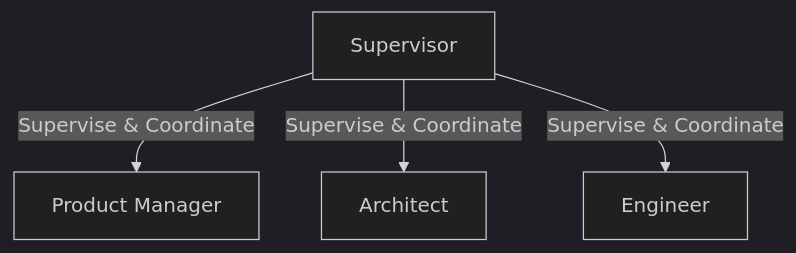
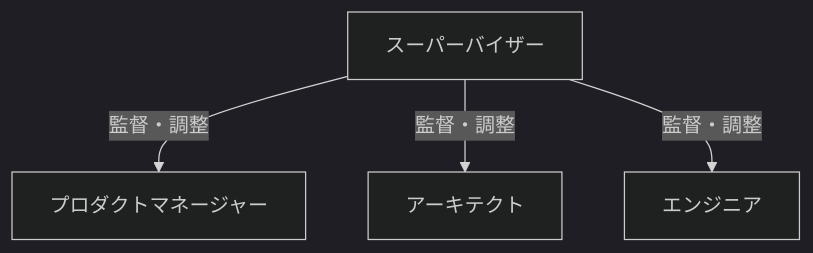
One commit to aws-samples/multi-agent-samples-jp changed the seventh of 10 diagrams in README.md. Above: the diagram before and after it, drawn with Mermaid (dark theme). The commit also changed other lines of this file and 2 other files, not shown here.

````diff
--- a/README.md
+++ b/README.md
@@ -262,6 +260,6 @@
 ```mermaid
 graph TD
-    SV[Supervisor] --> |Supervise & Coordinate| PDM[Product Manager]
-    SV --> |Supervise & Coordinate| ARCH[Architect]
-    SV --> |Supervise & Coordinate| ENG[Engineer]
+    SV[スーパーバイザー] --> |監督・調整| PDM[プロダクトマネージャー]
+    SV --> |監督・調整| ARCH[アーキテクト]
+    SV --> |監督・調整| ENG[エンジニア]
 ```
````
